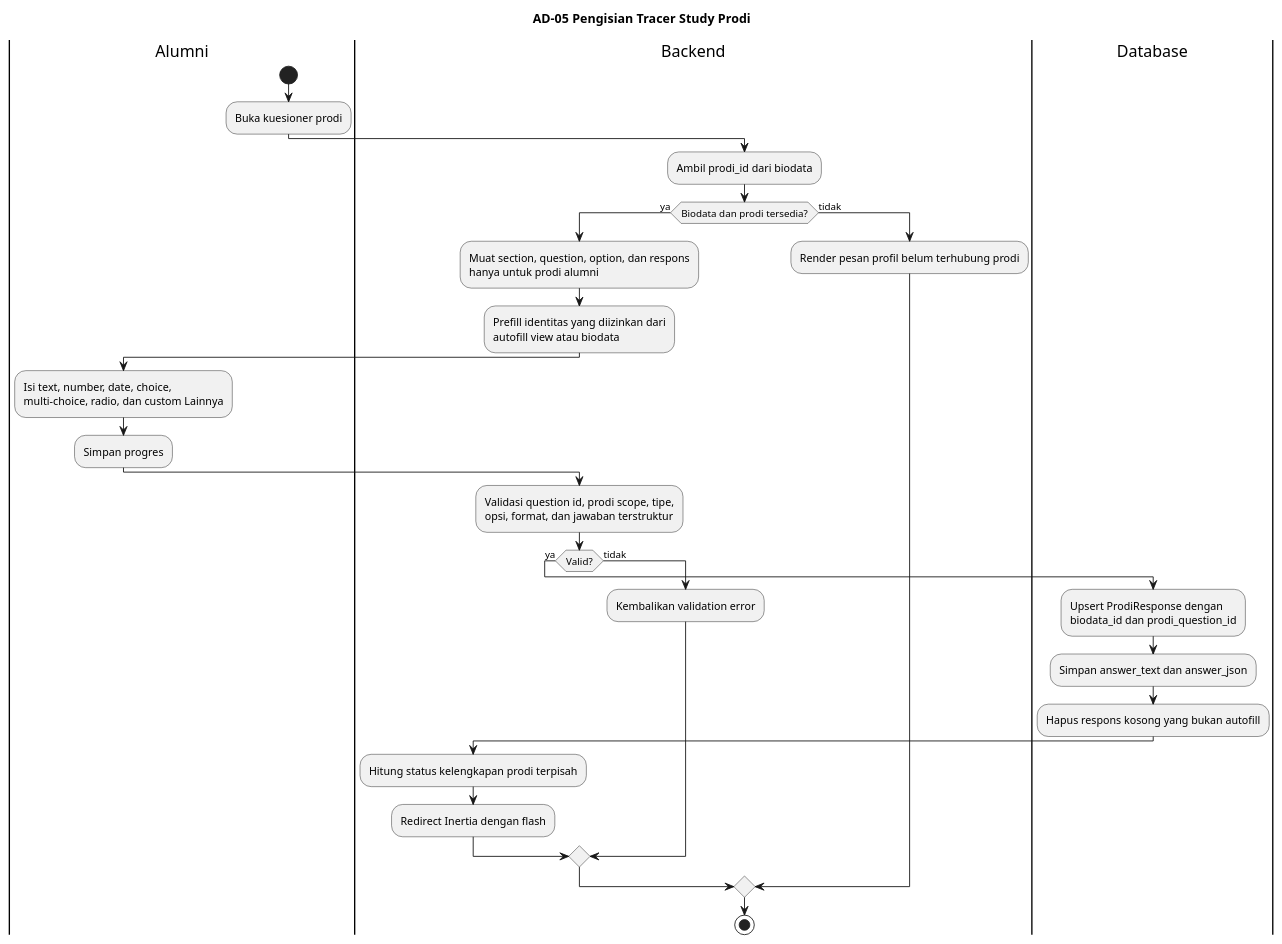
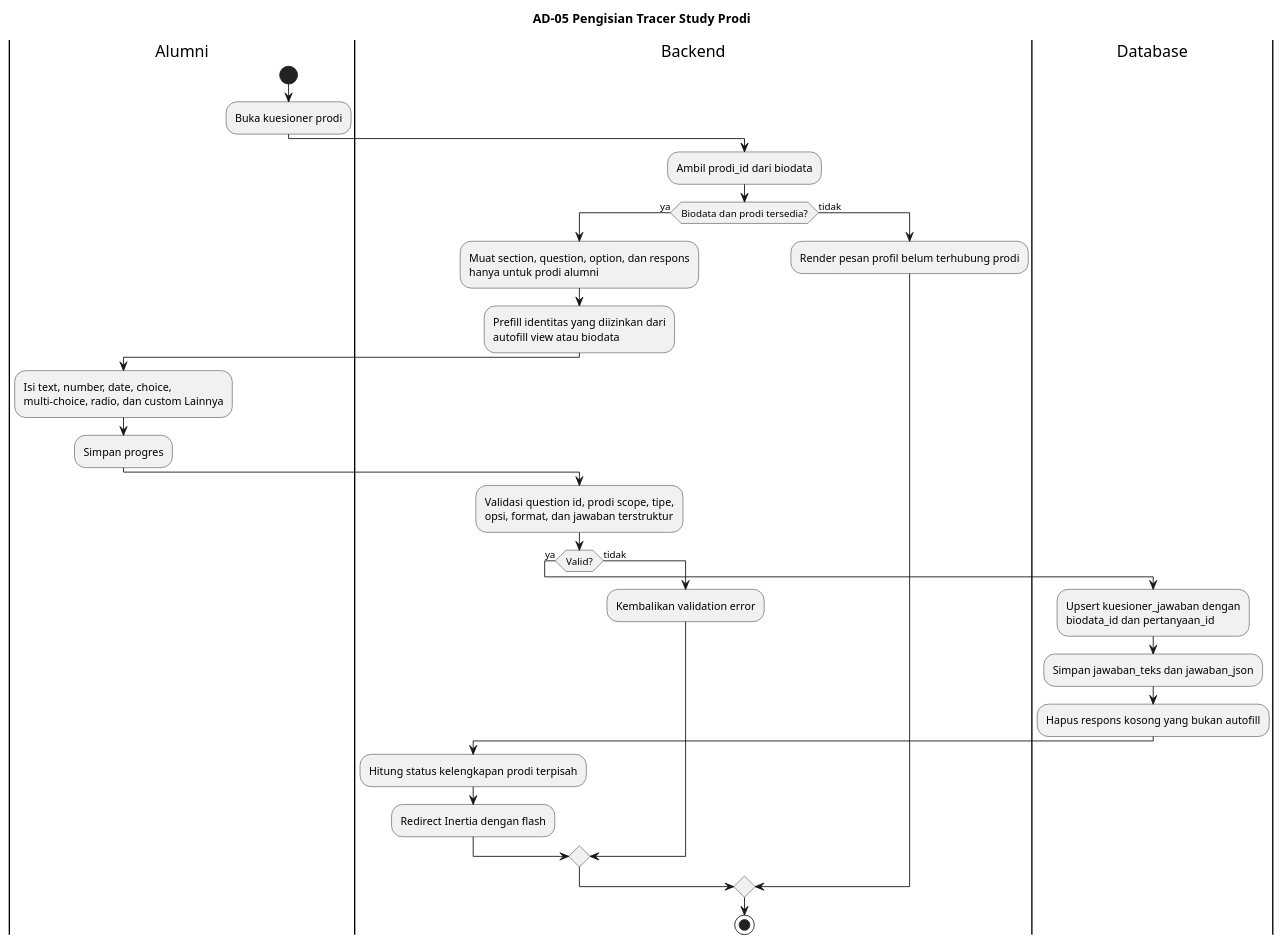
The diagram in docs/uml/activity-diagrams/AD-05-tracer-prodi.puml (claraanjelitakd/tugas-akhir), drawn with PlantUML before and after one commit. The commit also changed 63 other files, not shown here.

```diff
--- a/docs/uml/activity-diagrams/AD-05-tracer-prodi.puml
+++ b/docs/uml/activity-diagrams/AD-05-tracer-prodi.puml
@@ -1,38 +1,38 @@
 @startuml
 title AD-05 Pengisian Tracer Study Prodi
 
 |Alumni|
 start
 :Buka kuesioner prodi;
 
 |Backend|
 :Ambil prodi_id dari biodata;
 if (Biodata dan prodi tersedia?) then (ya)
   :Muat section, question, option, dan respons
   hanya untuk prodi alumni;
   :Prefill identitas yang diizinkan dari
   autofill view atau biodata;
   |Alumni|
   :Isi text, number, date, choice,
   multi-choice, radio, dan custom Lainnya;
   :Simpan progres;
   |Backend|
   :Validasi question id, prodi scope, tipe,
   opsi, format, dan jawaban terstruktur;
   if (Valid?) then (ya)
     |Database|
-    :Upsert ProdiResponse dengan
-    biodata_id dan prodi_question_id;
-    :Simpan answer_text dan answer_json;
+    :Upsert kuesioner_jawaban dengan
+    biodata_id dan pertanyaan_id;
+    :Simpan jawaban_teks dan jawaban_json;
     :Hapus respons kosong yang bukan autofill;
     |Backend|
     :Hitung status kelengkapan prodi terpisah;
     :Redirect Inertia dengan flash;
   else (tidak)
     :Kembalikan validation error;
   endif
 else (tidak)
   :Render pesan profil belum terhubung prodi;
 endif
 stop
 @enduml
```
